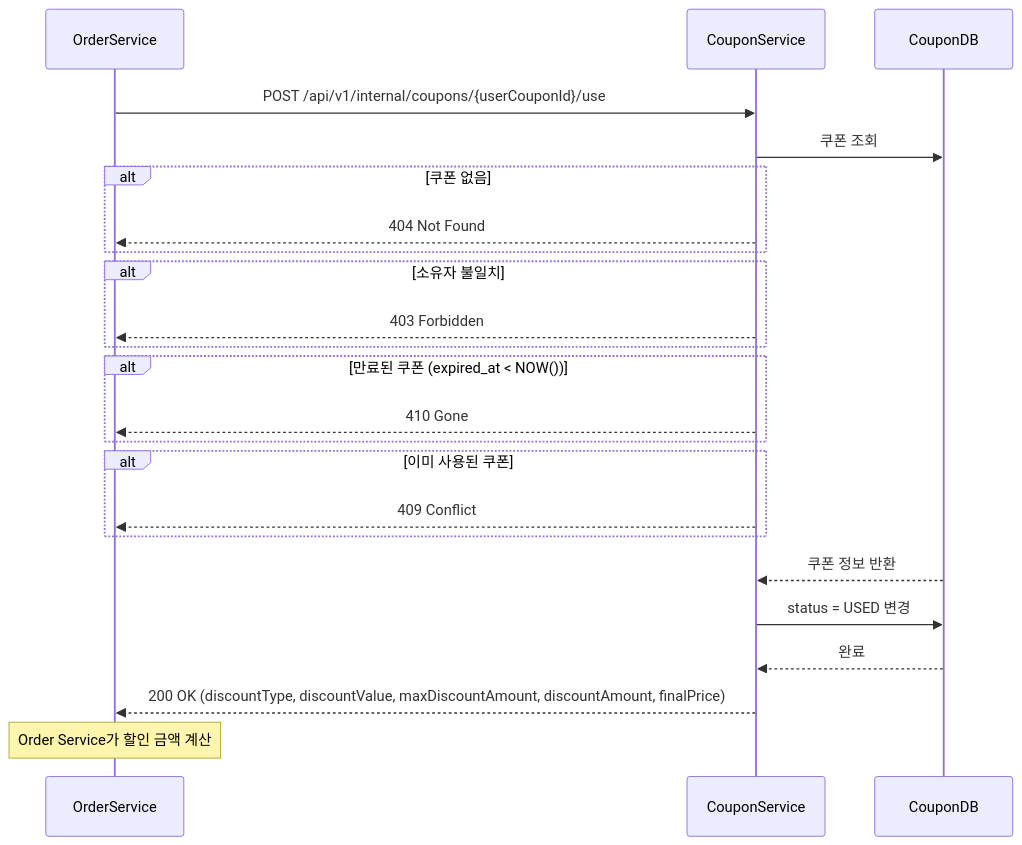
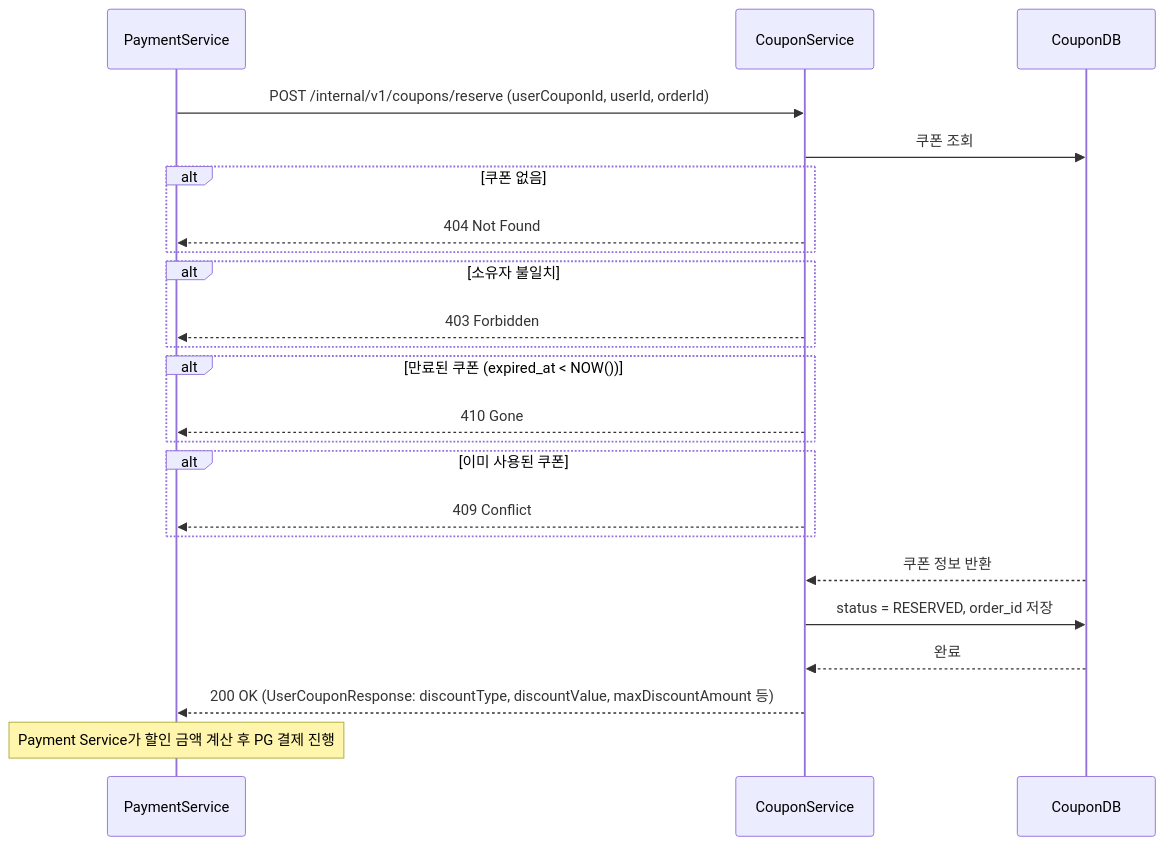
Diagram 12 of 20 in docs/08.sequence.md (OMC-2/OMC), drawn with Mermaid before and after one commit. The commit also changed other lines of this file and 5 other files, not shown here.

````diff
--- a/docs/08.sequence.md
+++ b/docs/08.sequence.md
@@ -351,26 +351,26 @@
 ```mermaid
 sequenceDiagram
-    participant OrderService
+    participant PaymentService
     participant CouponService
     participant CouponDB
 
-    OrderService->>CouponService: POST /api/v1/internal/coupons/{userCouponId}/use
+    PaymentService->>CouponService: POST /internal/v1/coupons/reserve (userCouponId, userId, orderId)
     CouponService->>CouponDB: 쿠폰 조회
     alt 쿠폰 없음
-        CouponService-->>OrderService: 404 Not Found
+        CouponService-->>PaymentService: 404 Not Found
     end
     alt 소유자 불일치
-        CouponService-->>OrderService: 403 Forbidden
+        CouponService-->>PaymentService: 403 Forbidden
     end
     alt 만료된 쿠폰 (expired_at < NOW())
-        CouponService-->>OrderService: 410 Gone
+        CouponService-->>PaymentService: 410 Gone
     end
     alt 이미 사용된 쿠폰
-        CouponService-->>OrderService: 409 Conflict
+        CouponService-->>PaymentService: 409 Conflict
     end
     CouponDB-->>CouponService: 쿠폰 정보 반환
-    CouponService->>CouponDB: status = USED 변경
+    CouponService->>CouponDB: status = RESERVED, order_id 저장
     CouponDB-->>CouponService: 완료
-    CouponService-->>OrderService: 200 OK (discountType, discountValue, maxDiscountAmount, discountAmount, finalPrice)
-    Note over OrderService: Order Service가 할인 금액 계산
+    CouponService-->>PaymentService: 200 OK (UserCouponResponse: discountType, discountValue, maxDiscountAmount 등)
+    Note over PaymentService: Payment Service가 할인 금액 계산 후 PG 결제 진행
 ```
````
